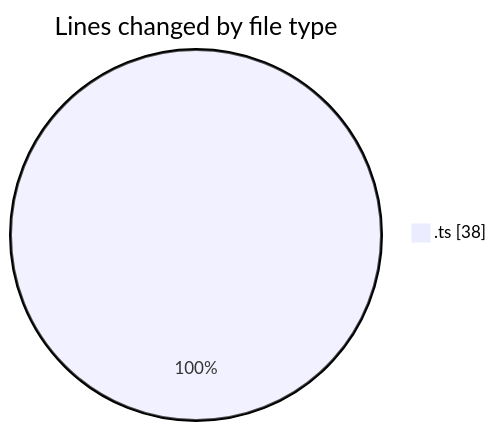
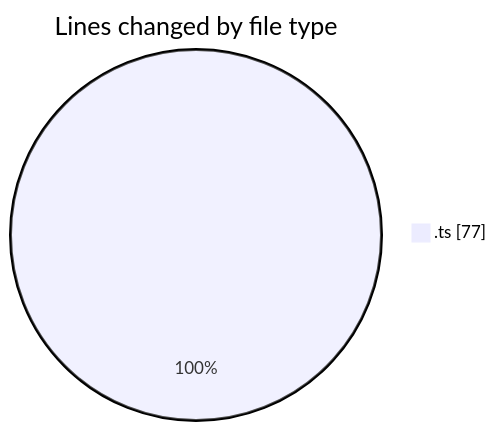
The first of 2 diagrams in 2026-11-03/cda/README.md (momahboobian/code-tracking), drawn with Mermaid before and after one commit. The commit also changed other lines of this file and 1 other file, not shown here.

````diff
--- a/2026-11-03/cda/README.md
+++ b/2026-11-03/cda/README.md
@@ -21,5 +21,5 @@
 ```mermaid
 pie showData
 title Lines changed by file type
-".ts" : 38
+".ts" : 77
 ```
````
